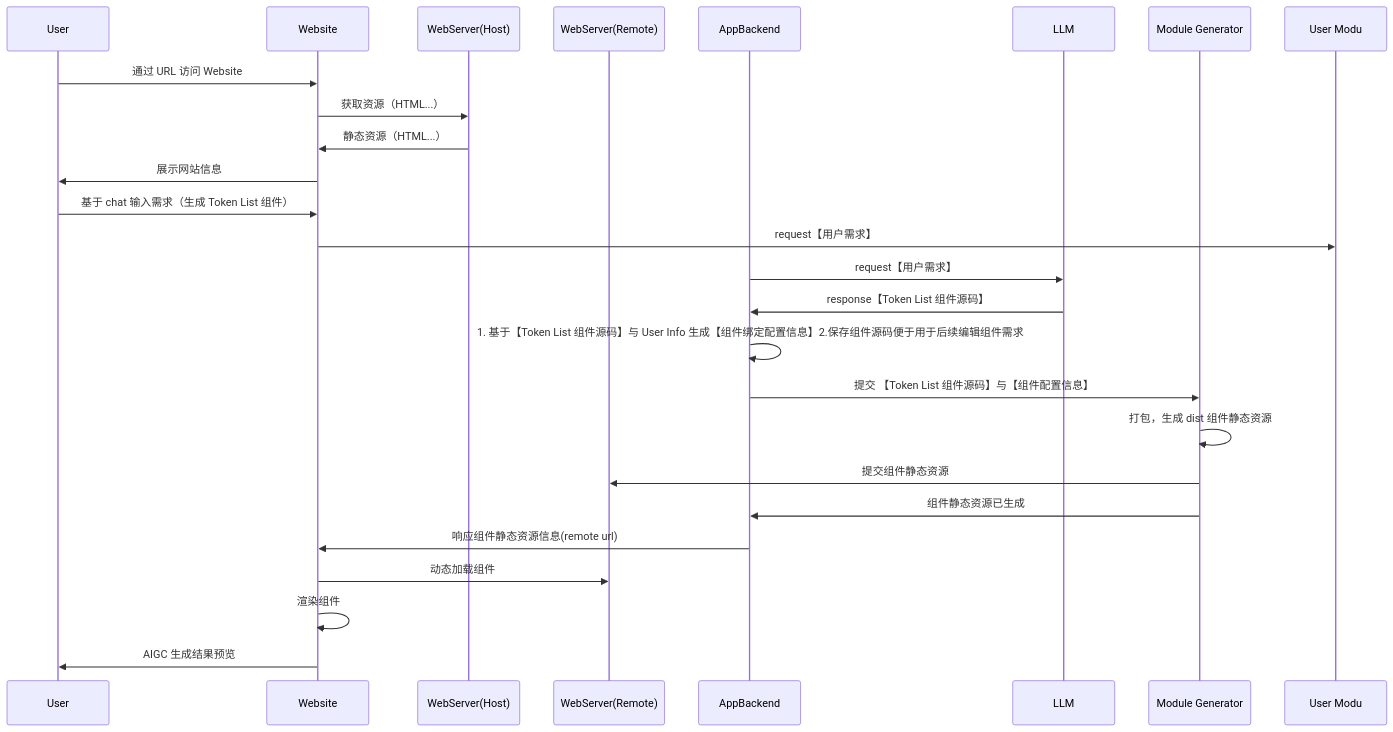
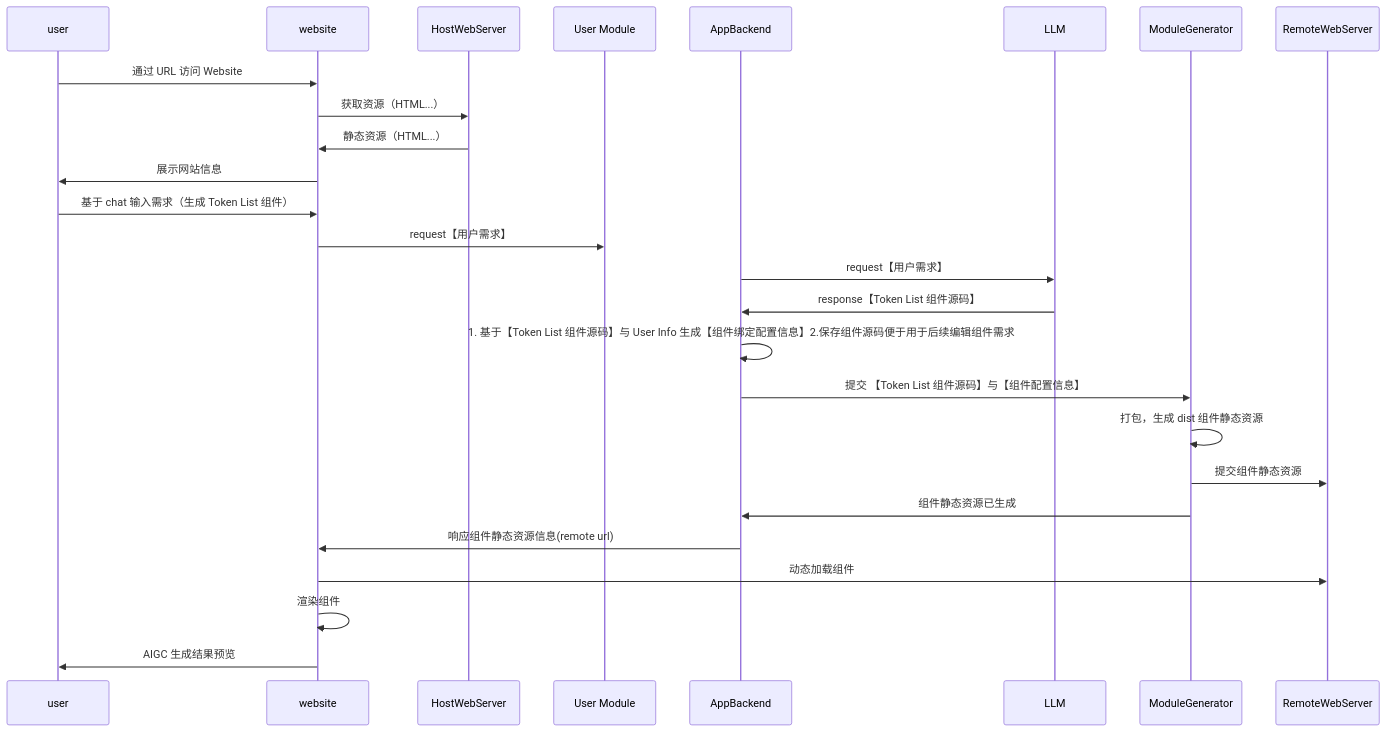
Before and after one commit to yingjianzh/iodraw-files: the diagram in all/未命名-7.md, drawn with Mermaid.

Commit message:
2024-10-08 15:28:39 update

````diff
--- a/all/未命名-7.md
+++ b/all/未命名-7.md
@@ -1,28 +1,22 @@
 ```mermaid
 sequenceDiagram
-	participant user as User
-	participant website as Website
-	participant HostWebServer as WebServer(Host)
-	participant RemoteWebServer as WebServer(Remote)
-	participant AppBackend as AppBackend
-    participant LLM as LLM
-	participant ModuleGenerator as Module Generator
+	
 
     user ->> website: 通过 URL 访问 Website
 	website ->> HostWebServer: 获取资源（HTML...）
 	HostWebServer ->> website: 静态资源（HTML...）
 	website ->> user: 展示网站信息
 	user ->> website: 基于 chat 输入需求（生成 Token List 组件）
-	website ->> User Modu: request【用户需求】
+	website ->> User Module: request【用户需求】
 	AppBackend ->> LLM: request【用户需求】
 	LLM ->> AppBackend: response【Token List 组件源码】
 	AppBackend ->> AppBackend: 1. 基于【Token List 组件源码】与 User Info 生成【组件绑定配置信息】2.保存组件源码便于用于后续编辑组件需求
 	AppBackend ->> ModuleGenerator: 提交 【Token List 组件源码】与【组件配置信息】
 	ModuleGenerator ->> ModuleGenerator: 打包，生成 dist 组件静态资源
 	ModuleGenerator ->> RemoteWebServer: 提交组件静态资源
 	ModuleGenerator ->> AppBackend: 组件静态资源已生成
 	AppBackend ->> website: 响应组件静态资源信息(remote url)
 	website ->> RemoteWebServer: 动态加载组件
 	website ->> website: 渲染组件
 	website ->> user: AIGC 生成结果预览
 ```
````
